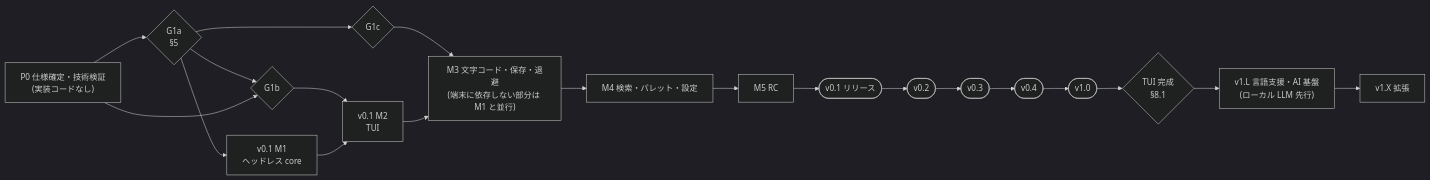
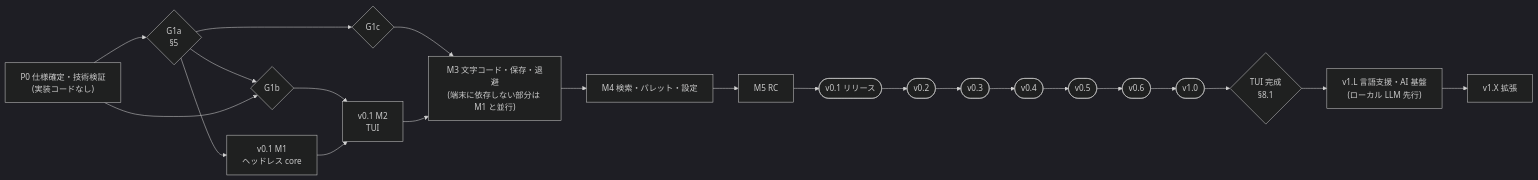
One commit to evoref/evoeditor changed the diagram in docs/08-roadmap.md. Above: the diagram before and after it, drawn with Mermaid (dark theme). The commit also changed other lines of this file and 15 other files, not shown here.

````diff
--- a/docs/08-roadmap.md
+++ b/docs/08-roadmap.md
@@ -18,15 +18,15 @@
 ```mermaid
 flowchart LR
     P0["P0 仕様確定・技術検証<br/>(実装コードなし)"] --> G1a{"G1a<br/>§5"}
     G1a --> M1["v0.1 M1<br/>ヘッドレス core"]
     G1a --> G1b{"G1b"}
     P0 --> G1b
     G1b --> M2["v0.1 M2<br/>TUI"]
     G1a --> G1c{"G1c"}
     G1c --> M3["M3 文字コード・保存・退避<br/>(端末に依存しない部分は M1 と並行)"]
     M1 --> M2 --> M3 --> M4["M4 検索・パレット・設定"] --> M5["M5 RC"]
     M5 --> V01(["v0.1 リリース"])
-    V01 --> V02(["v0.2"]) --> V03(["v0.3"]) --> V04(["v0.4"]) --> V10(["v1.0"])
+    V01 --> V02(["v0.2"]) --> V03(["v0.3"]) --> V04(["v0.4"]) --> V05(["v0.5"]) --> V06(["v0.6"]) --> V10(["v1.0"])
     V10 --> TC{"TUI 完成<br/>§8.1"}
     TC --> L["v1.L 言語支援・AI 基盤<br/>(ローカル LLM 先行)"] --> X["v1.X 拡張"]
 ```
````
